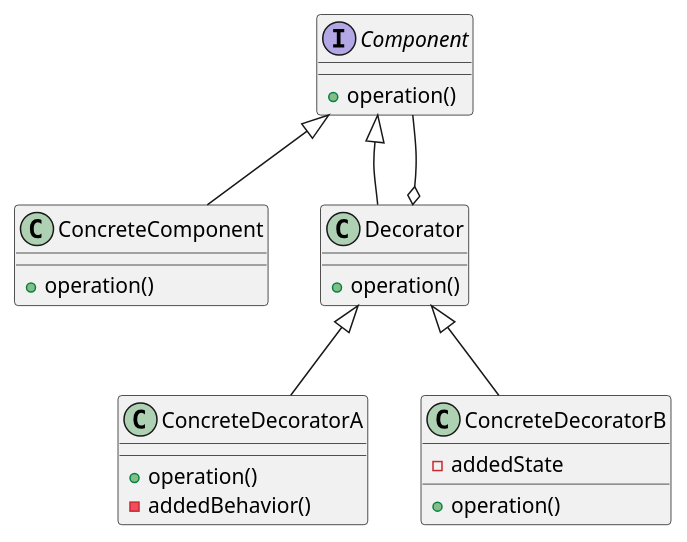
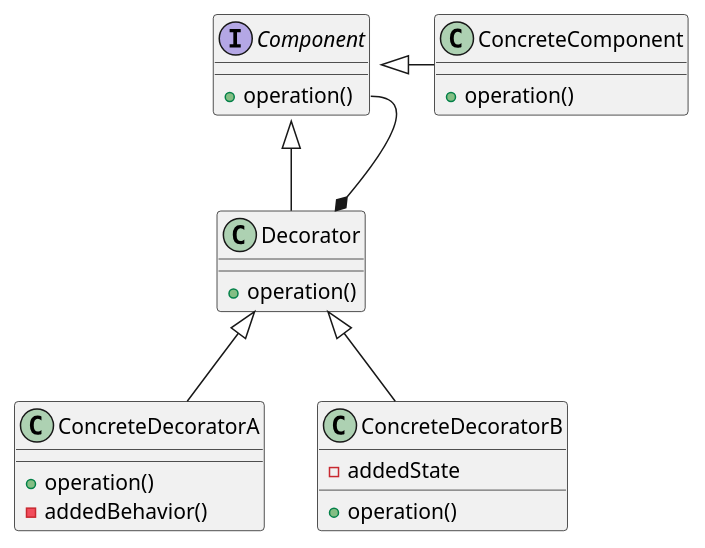
Before and after one commit to gyoridavid/design-patterns-typescript: the diagram in src/decorator/decorator.puml, drawn with PlantUML.

Commit message:
Update UML for decorator

```diff
--- a/src/decorator/decorator.puml
+++ b/src/decorator/decorator.puml
@@ -1,31 +1,31 @@
 @startuml
 
 interface Component {
     + operation()
 }
 
 class ConcreteComponent {
     + operation()
 }
 
 class Decorator {
     + operation()
 }
 
 class ConcreteDecoratorA {
     + operation()
     - addedBehavior()
 }
 
 class ConcreteDecoratorB {
     - addedState
     + operation()
 }
 
-Component <|-- ConcreteComponent
+Component <|- ConcreteComponent
 Component <|-- Decorator
-Decorator o-- Component
+Decorator *-- Component::operation
 Decorator <|-- ConcreteDecoratorA
 Decorator <|-- ConcreteDecoratorB
 
 @enduml
```
